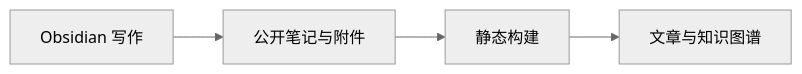
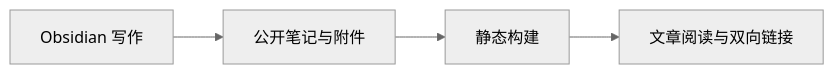
One commit to Miraitowa-la/miraitowa-site changed the diagram in content/notes/示例/图表与公式.md. Above: the diagram before and after it, drawn with Mermaid (neutral theme). The commit also changed 16 other files, not shown here.

Commit message:
fix: unify blog styling and repair diagrams and attachments

````diff
--- a/content/notes/示例/图表与公式.md
+++ b/content/notes/示例/图表与公式.md
@@ -14,6 +14,6 @@
 ```mermaid
 flowchart LR
     A[Obsidian 写作] --> B[公开笔记与附件]
     B --> C[静态构建]
-    C --> D[文章与知识图谱]
+    C --> D[文章阅读与双向链接]
 ```
````
